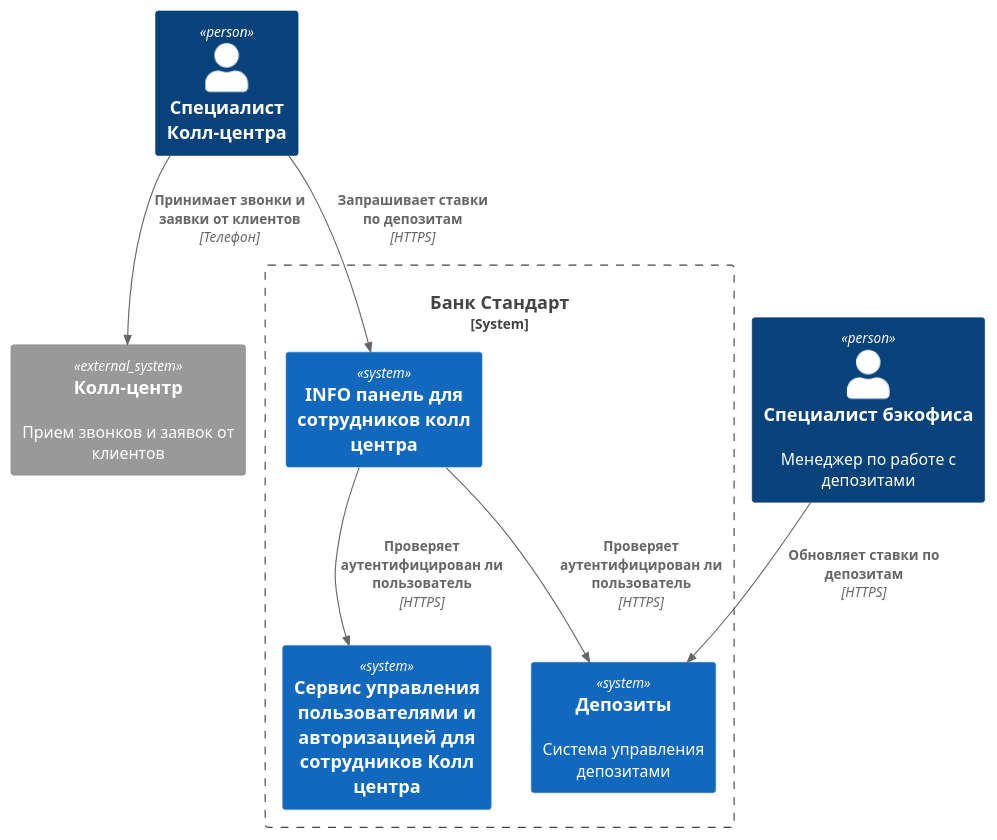
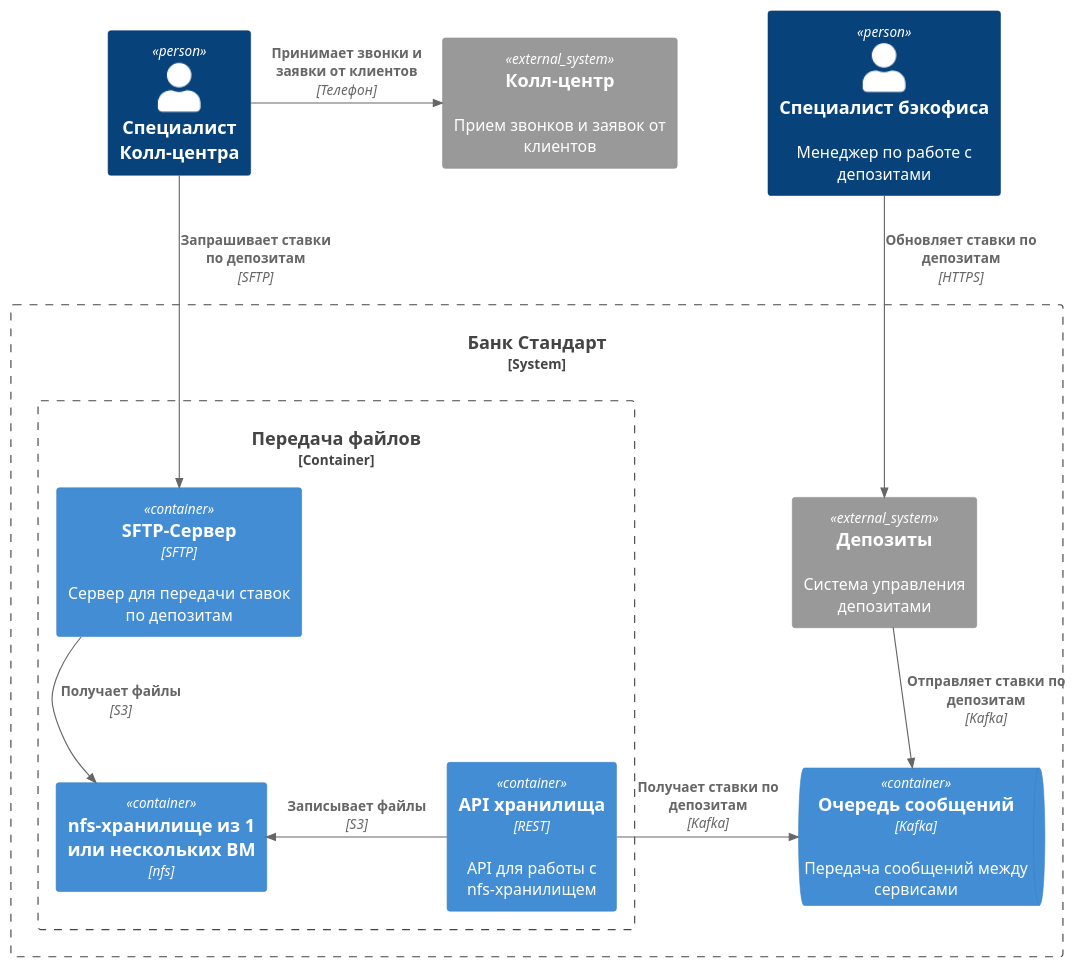
Before and after one commit to humorscord1234/architecture-standart: the diagram in Task4/containers.puml, drawn with PlantUML. The commit also changed 8 other files, not shown here.

```diff
--- a/Task4/containers.puml
+++ b/Task4/containers.puml
@@ -1,22 +1,29 @@
 @startuml
 !include https://raw.githubusercontent.com/plantuml-stdlib/C4-PlantUML/master/C4_Context.puml
 !include https://raw.githubusercontent.com/plantuml-stdlib/C4-PlantUML/master/C4_Container.puml
 
 Person(cc_manager, "Специалист Колл-центра")
 Person(bo_manager, "Специалист бэкофиса", "Менеджер по работе с депозитами")
 System_Ext(call_center, "Колл-центр", "Прием звонков и заявок от клиентов")
 
 System_Boundary(bank, "Банк Стандарт"){
-    System(deposits, "Депозиты", "Система управления депозитами")
+    System_Ext(deposits, "Депозиты", "Система управления депозитами")
+    ContainerQueue(message_queue, "Очередь сообщений", "Kafka", "Передача сообщений между сервисами")
 
-    System(call_center_dash_admin, "Сервис управления пользователями и авторизацией для сотрудников Колл центра")
-    System(call_center_dash, "INFO панель для сотрудников колл центра")
+    Container_Boundary(file_transfer, "Передача файлов") {
+        Container(sftp, "SFTP-Сервер", "SFTP", "Сервер для передачи ставок по депозитам")
+        Container(nfs, "nfs-хранилище из 1 или нескольких ВМ", "nfs")
+        Container(ft_api, "API хранилища", "REST", "API для работы с nfs-хранилищем")
 
+        Rel_D(sftp, nfs, "Получает файлы", "S3")
+        Rel_L(ft_api, nfs, "Записывает файлы", "S3")
     }
 
-Rel(cc_manager, call_center, "Принимает звонки и заявки от клиентов", "Телефон")
-Rel(cc_manager, call_center_dash, "Запрашивает ставки по депозитам", "HTTPS")
-Rel(call_center_dash, call_center_dash_admin, "Проверяет аутентифицирован ли пользователь", "HTTPS")
-Rel(call_center_dash, deposits, "Проверяет аутентифицирован ли пользователь", "HTTPS")
-Rel(bo_manager, deposits, "Обновляет ставки по депозитам", "HTTPS")
+    Rel_D(deposits, message_queue, "Отправляет ставки по депозитам", "Kafka")
+    Rel_R(ft_api, message_queue, "Получает ставки по депозитам", "Kafka")
+    }
+
+Rel_R(cc_manager, call_center, "Принимает звонки и заявки от клиентов", "Телефон")
+Rel_D(cc_manager, sftp, "Запрашивает ставки по депозитам", "SFTP")
+Rel_D(bo_manager, deposits, "Обновляет ставки по депозитам", "HTTPS")
 @enduml
```
